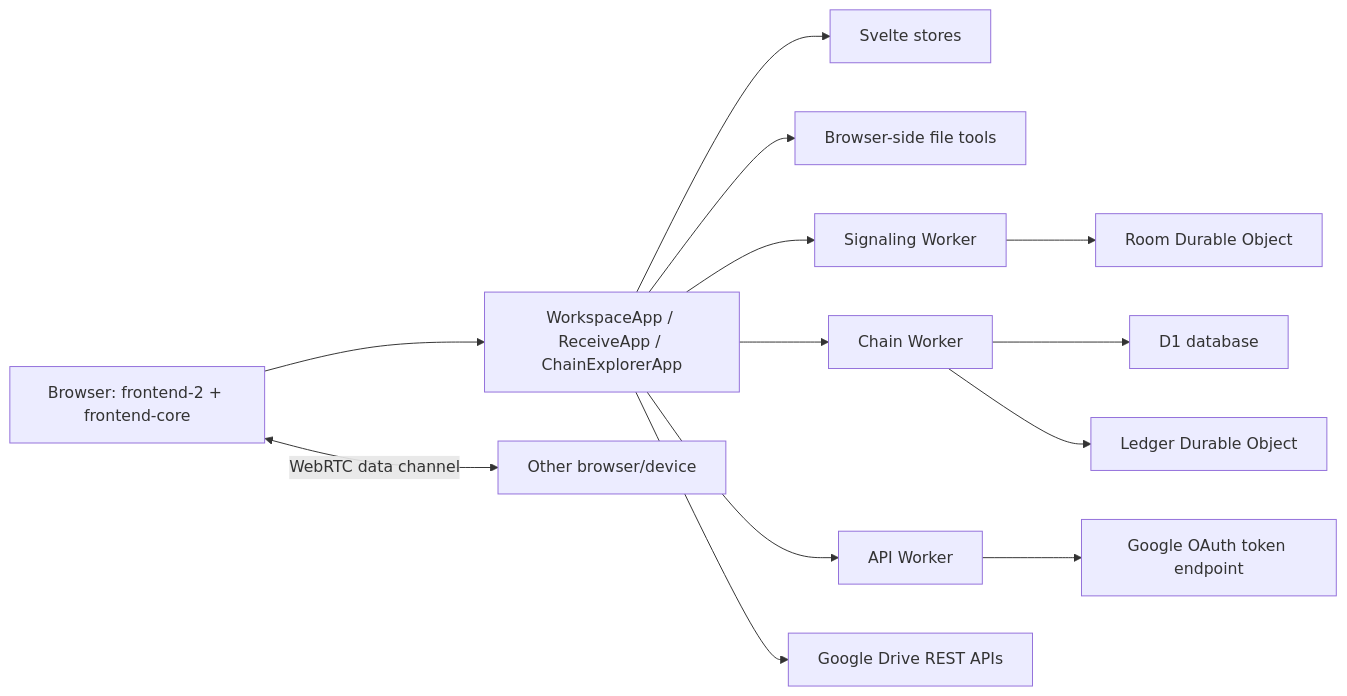
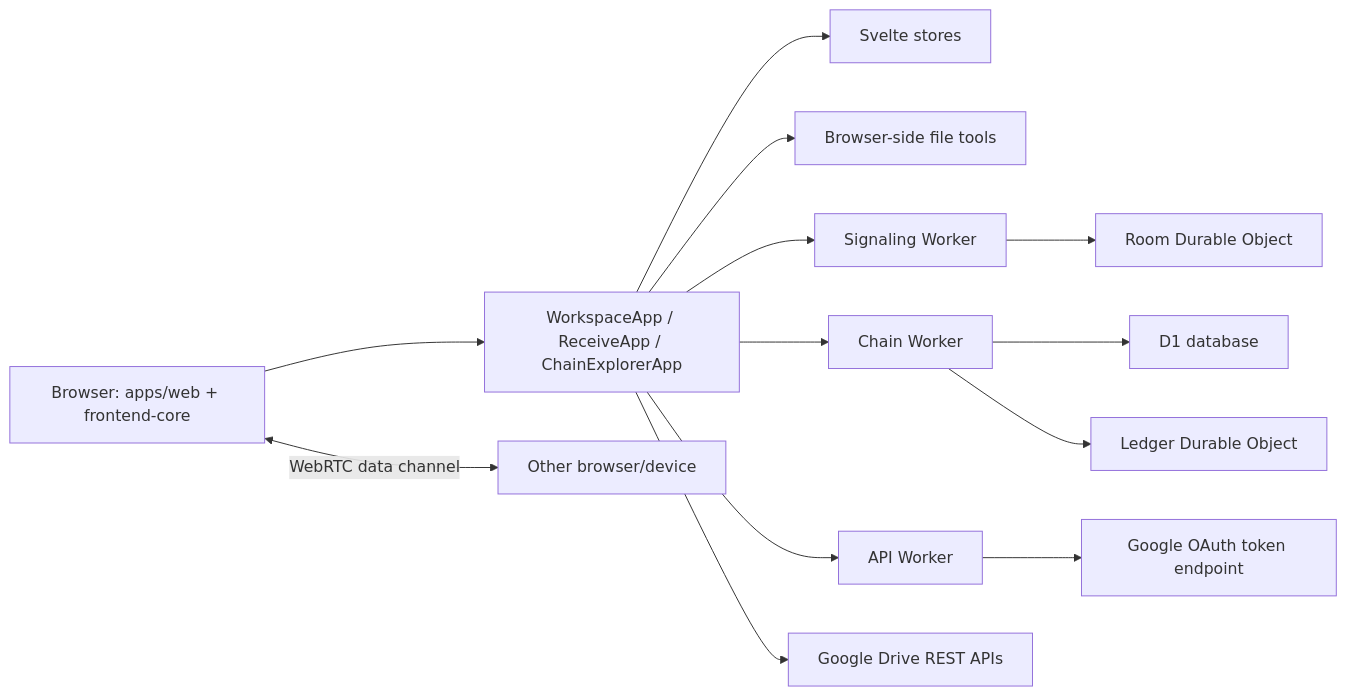
One commit to Abhinavv-007/clex changed the first of 3 diagrams in docs/clex-system-guide.md. Above: the diagram before and after it, drawn with Mermaid. The commit also changed other lines of this file and 77 other files, not shown here.

````diff
--- a/docs/clex-system-guide.md
+++ b/docs/clex-system-guide.md
@@ -119,15 +119,15 @@
 ```mermaid
 flowchart LR
-    Browser["Browser: frontend-2 + frontend-core"] --> Workspace["WorkspaceApp / ReceiveApp / ChainExplorerApp"]
+    Browser["Browser: apps/web + frontend-core"] --> Workspace["WorkspaceApp / ReceiveApp / ChainExplorerApp"]
     Workspace --> Stores["Svelte stores"]
     Workspace --> Tools["Browser-side file tools"]
     Workspace --> Signal["Signaling Worker"]
     Workspace --> Chain["Chain Worker"]
     Workspace --> Api["API Worker"]
     Api --> GoogleOAuth["Google OAuth token endpoint"]
     Workspace --> GoogleDrive["Google Drive REST APIs"]
     Browser <-->|"WebRTC data channel"| Peer["Other browser/device"]
     Signal --> RoomDO["Room Durable Object"]
     Chain --> D1["D1 database"]
     Chain --> LedgerDO["Ledger Durable Object"]
 ```
````
